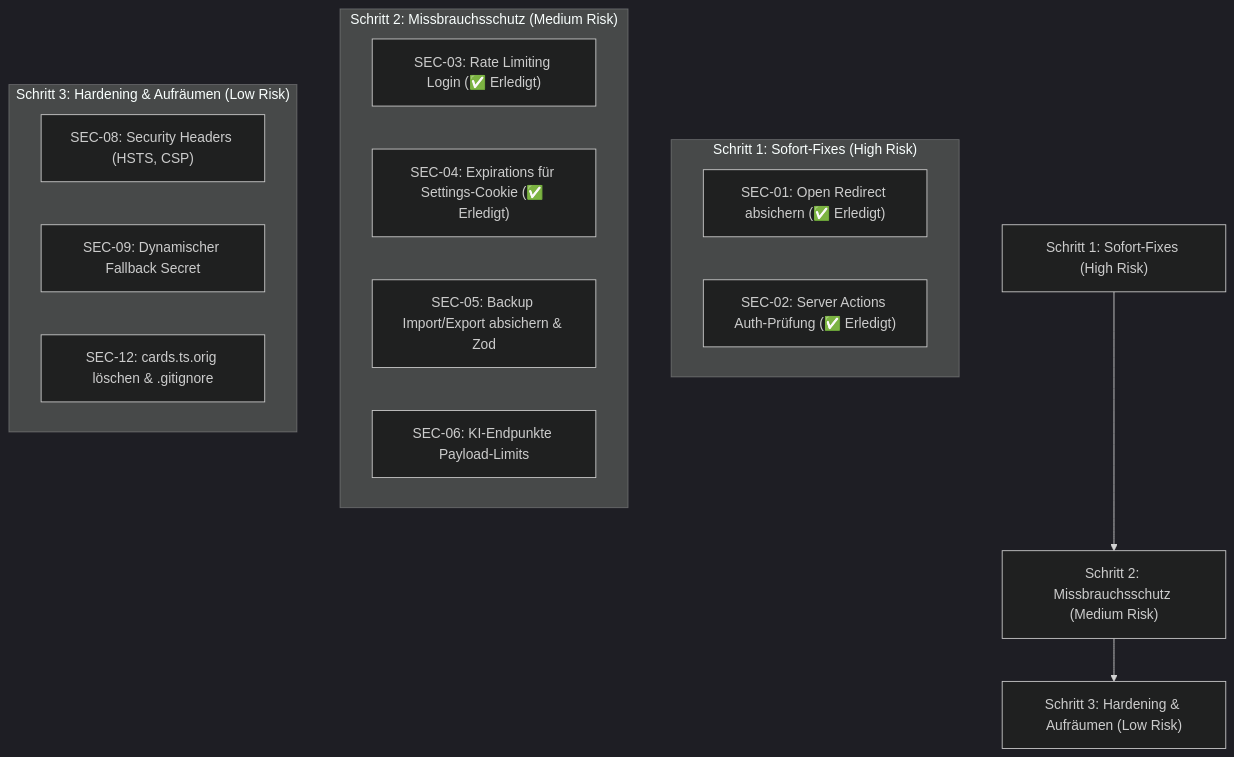
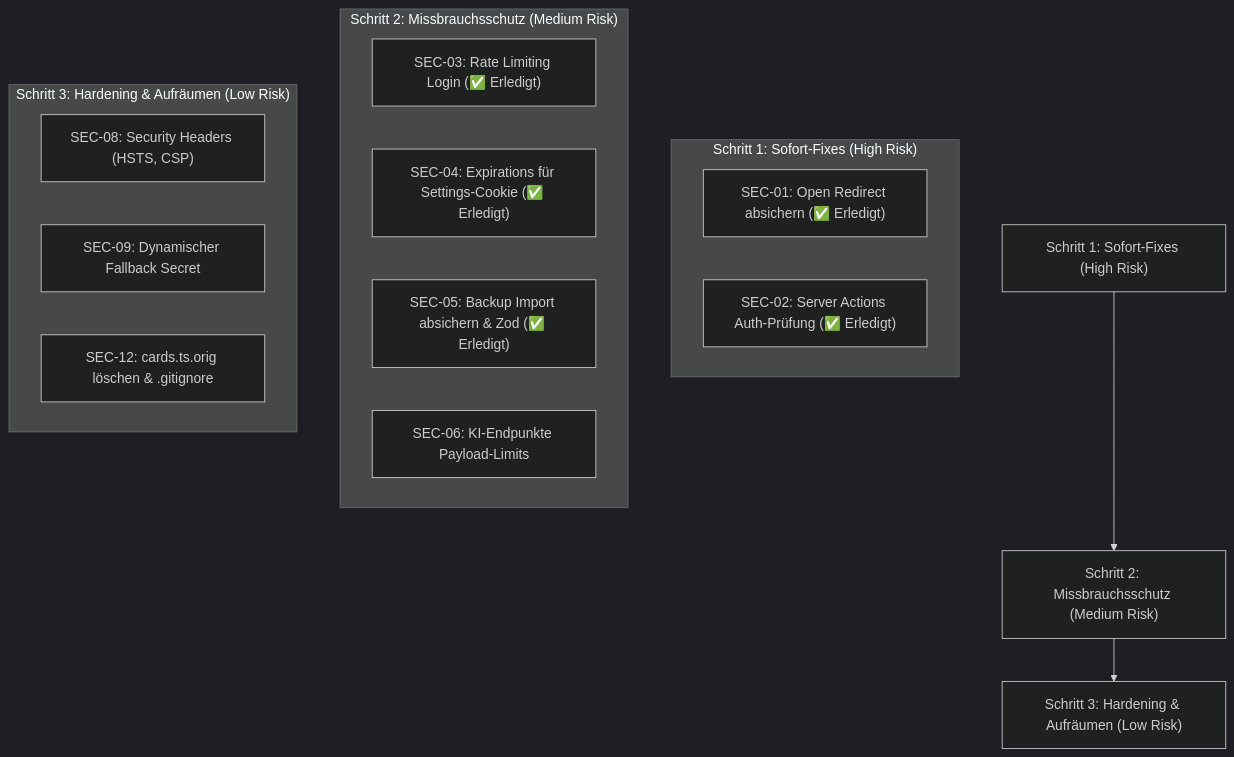
One commit to Le0nB2/vokabeltrainer changed the diagram in security-audit.md. Above: the diagram before and after it, drawn with Mermaid (dark theme). The commit also changed other lines of this file and 5 other files, not shown here.

Commit message:
fix(security): SEC-05 Zod-Validierung und 5MB-Limit für JSON-Import

````diff
--- a/security-audit.md
+++ b/security-audit.md
@@ -195,23 +203,23 @@
 ```mermaid
 flowchart TD
     A["Schritt 1: Sofort-Fixes (High Risk)"] --> B["Schritt 2: Missbrauchsschutz (Medium Risk)"]
     B --> C["Schritt 3: Hardening & Aufräumen (Low Risk)"]
 
     subgraph "Schritt 1: Sofort-Fixes (High Risk)"
         S1["SEC-01: Open Redirect absichern (✅ Erledigt)"]
         S2["SEC-02: Server Actions Auth-Prüfung (✅ Erledigt)"]
     end
 
     subgraph "Schritt 2: Missbrauchsschutz (Medium Risk)"
         S3["SEC-03: Rate Limiting Login (✅ Erledigt)"]
         S4["SEC-04: Expirations für Settings-Cookie (✅ Erledigt)"]
-        S5["SEC-05: Backup Import/Export absichern & Zod"]
+        S5["SEC-05: Backup Import absichern & Zod (✅ Erledigt)"]
         S6["SEC-06: KI-Endpunkte Payload-Limits"]
     end
 
     subgraph "Schritt 3: Hardening & Aufräumen (Low Risk)"
         S7["SEC-08: Security Headers (HSTS, CSP)"]
         S8["SEC-09: Dynamischer Fallback Secret"]
         S9["SEC-12: cards.ts.orig löschen & .gitignore"]
     end
 ```
````
